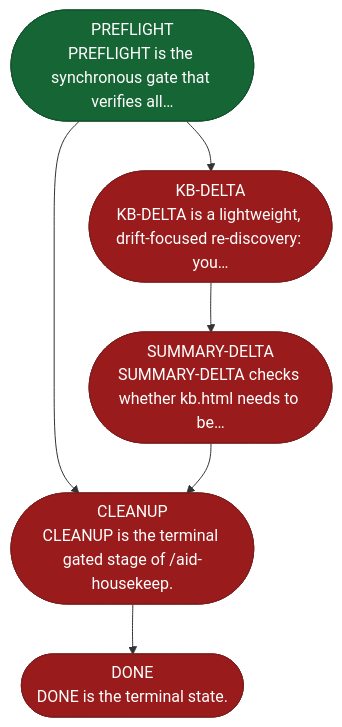
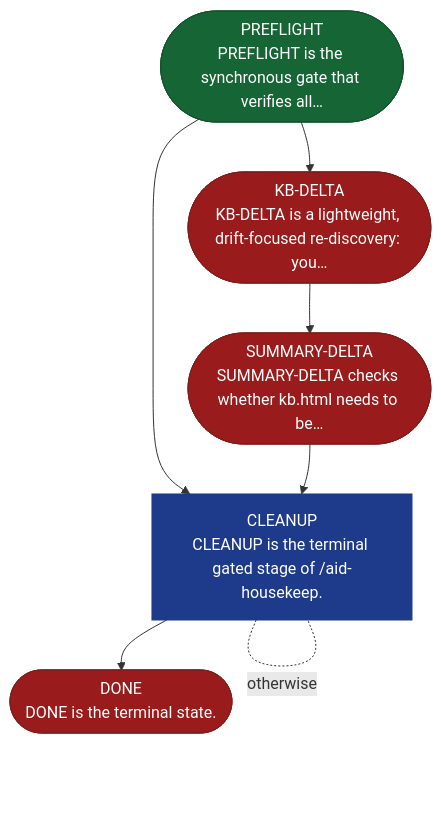
One commit to AndreVianna/aid-methodology changed the diagram in site/src/content/docs/skills/aid-housekeep.md. Above: the diagram before and after it, drawn with Mermaid. The commit also changed other lines of this file and 195 other files, not shown here.

First line of the commit message:
delivery-002 review fix (cycle 1): sub-step pointers are notes, not advance lines; orchestrate under its line cap, question rule cited not restated; residual flow rungs read advance words; site regenerated; ledger rows marked Fixed (D3-11 left open)

````diff
--- a/site/src/content/docs/skills/aid-housekeep.md
+++ b/site/src/content/docs/skills/aid-housekeep.md
@@ -20,29 +20,30 @@
 ```mermaid
 flowchart TB
   classDef aidNode color:#fff
   classDef aidEntry fill:#166534,stroke:#14532d,color:#fff
   classDef aidExit fill:#991b1b,stroke:#7f1d1d,color:#fff
   classDef aidDecision fill:#92400e,stroke:#78350f,color:#fff
   classDef aidLoopBack fill:#1e3a8a,stroke:#1e3a8a,color:#fff
   classDef aidStep fill:#1a2035,stroke:#d4a853,color:#f1f5f9
   n1(["PREFLIGHT<br/>PREFLIGHT is the synchronous gate that verifies all…"])
   n2(["KB-DELTA<br/>KB-DELTA is a lightweight, drift-focused re-discovery: you…"])
   n3(["SUMMARY-DELTA<br/>SUMMARY-DELTA checks whether kb.html needs to be…"])
-  n4(["CLEANUP<br/>CLEANUP is the terminal gated stage of /aid-housekeep."])
+  n4["CLEANUP<br/>CLEANUP is the terminal gated stage of /aid-housekeep."]
   n5(["DONE<br/>DONE is the terminal state."])
   n1 --> n2
   n1 --> n4
   n2 --> n3
   n3 --> n4
+  n4 -. "otherwise" .- n4
   n4 --> n5
   class n1 aidEntry
   class n2 aidExit
   class n3 aidExit
-  class n4 aidExit
+  class n4 aidLoopBack
   class n5 aidExit
   class n1 aidNode
   class n2 aidNode
   class n3 aidNode
   class n4 aidNode
   class n5 aidNode
 ```
````
